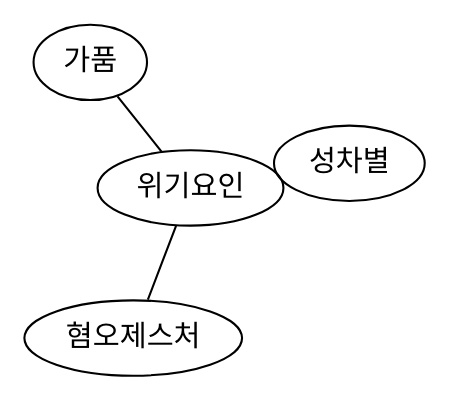
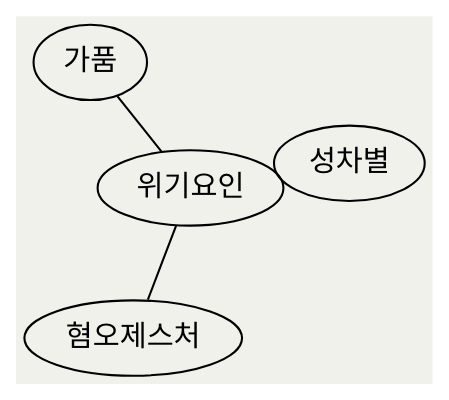
The diagram in report.qmd (Choiiiiis/tmm_web), drawn with Graphviz before and after one commit. The commit also changed other lines of this file and 9 other files, not shown here.

````diff
--- a/report.qmd
+++ b/report.qmd
@@ -178,8 +190,9 @@
 ```{dot}
 graph G {
+  bgcolor="#f0f1eb"
   layout=neato
   위기요인  -- 성차별;
   위기요인 -- 혐오제스처;
   위기요인 -- 가품;
 }
 ```
````
